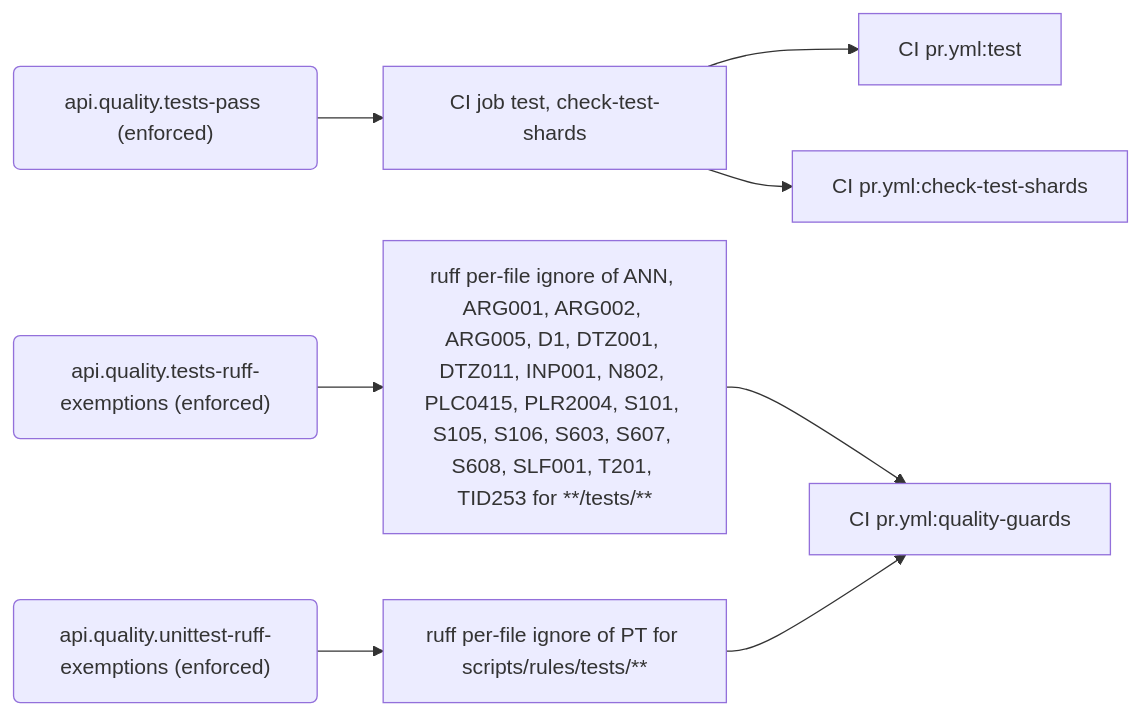
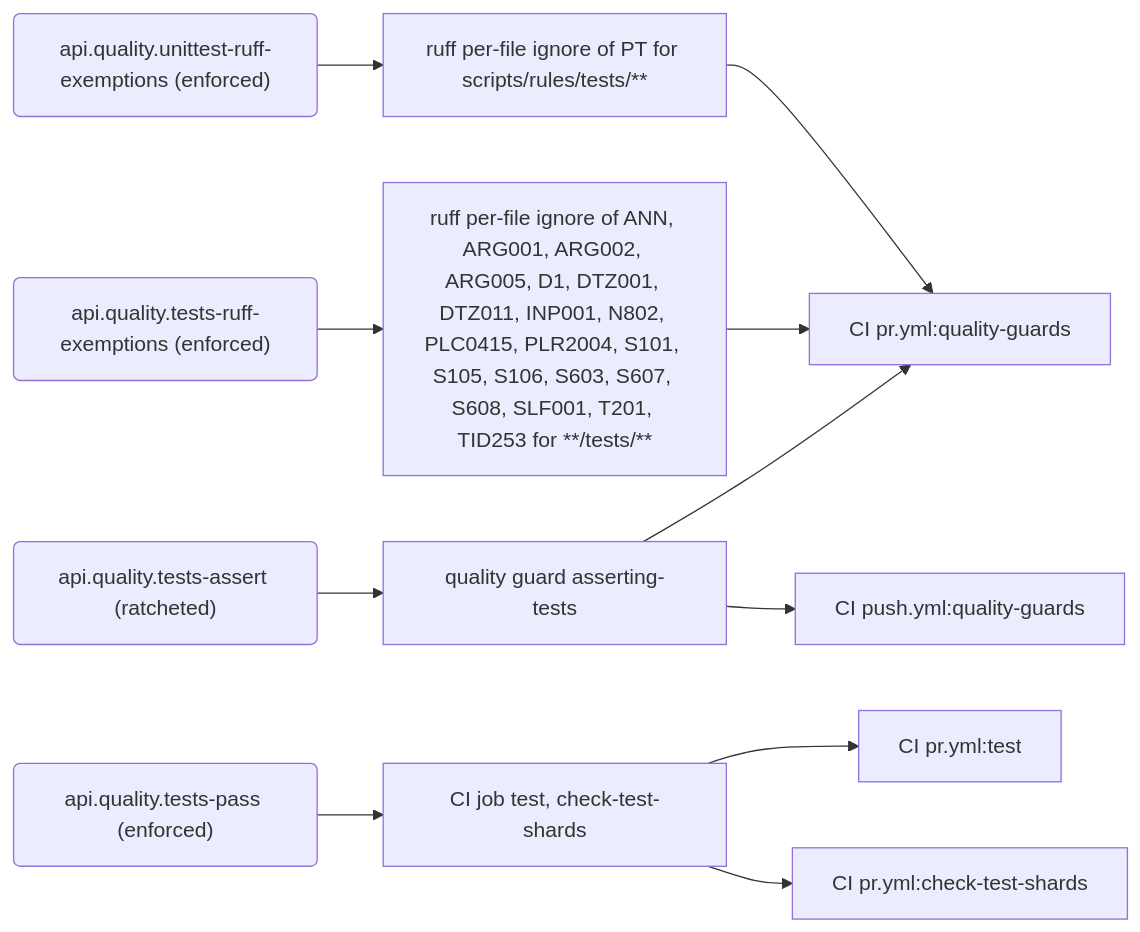
Before and after one commit to PolicyEngine/policyengine-api: the eighth of 12 diagrams in docs/generated/rules.md, drawn with Mermaid. The commit also changed other lines of this file and 7 other files, not shown here.

````diff
--- a/docs/generated/rules.md
+++ b/docs/generated/rules.md
@@ -459,19 +459,25 @@
 ```mermaid
 flowchart LR
+  r_api_quality_tests_assert("api.quality.tests-assert (ratcheted)")
+  e_quality_guard_asserting_tests["quality guard asserting-tests"]
+  j_CI_pr_yml_quality_guards["CI pr.yml:quality-guards"]
+  j_CI_push_yml_quality_guards["CI push.yml:quality-guards"]
   r_api_quality_tests_pass("api.quality.tests-pass (enforced)")
   e_CI_job_test__check_test_shards["CI job test, check-test-shards"]
   j_CI_pr_yml_test["CI pr.yml:test"]
   j_CI_pr_yml_check_test_shards["CI pr.yml:check-test-shards"]
   r_api_quality_tests_ruff_exemptions("api.quality.tests-ruff-exemptions (enforced)")
   e_ruff_per_file_ignore_of_ANN__ARG001__ARG002__ARG005__D1__DTZ001__DTZ011__INP001__N802__PLC0415__PLR2004__S101__S105__S106__S603__S607__S608__SLF001__T201__TID253_for____tests___["ruff per-file ignore of ANN, ARG001, ARG002, ARG005, D1, DTZ001, DTZ011, INP001, N802, PLC0415, PLR2004, S101, S105, S106, S603, S607, S608, SLF001, T201, TID253 for **/tests/**"]
-  j_CI_pr_yml_quality_guards["CI pr.yml:quality-guards"]
   r_api_quality_unittest_ruff_exemptions("api.quality.unittest-ruff-exemptions (enforced)")
   e_ruff_per_file_ignore_of_PT_for_scripts_rules_tests___["ruff per-file ignore of PT for scripts/rules/tests/**"]
+  r_api_quality_tests_assert --> e_quality_guard_asserting_tests
+  e_quality_guard_asserting_tests --> j_CI_pr_yml_quality_guards
+  e_quality_guard_asserting_tests --> j_CI_push_yml_quality_guards
   r_api_quality_tests_pass --> e_CI_job_test__check_test_shards
   e_CI_job_test__check_test_shards --> j_CI_pr_yml_test
   e_CI_job_test__check_test_shards --> j_CI_pr_yml_check_test_shards
   r_api_quality_tests_ruff_exemptions --> e_ruff_per_file_ignore_of_ANN__ARG001__ARG002__ARG005__D1__DTZ001__DTZ011__INP001__N802__PLC0415__PLR2004__S101__S105__S106__S603__S607__S608__SLF001__T201__TID253_for____tests___
   e_ruff_per_file_ignore_of_ANN__ARG001__ARG002__ARG005__D1__DTZ001__DTZ011__INP001__N802__PLC0415__PLR2004__S101__S105__S106__S603__S607__S608__SLF001__T201__TID253_for____tests___ --> j_CI_pr_yml_quality_guards
   r_api_quality_unittest_ruff_exemptions --> e_ruff_per_file_ignore_of_PT_for_scripts_rules_tests___
   e_ruff_per_file_ignore_of_PT_for_scripts_rules_tests___ --> j_CI_pr_yml_quality_guards
 ```
````
